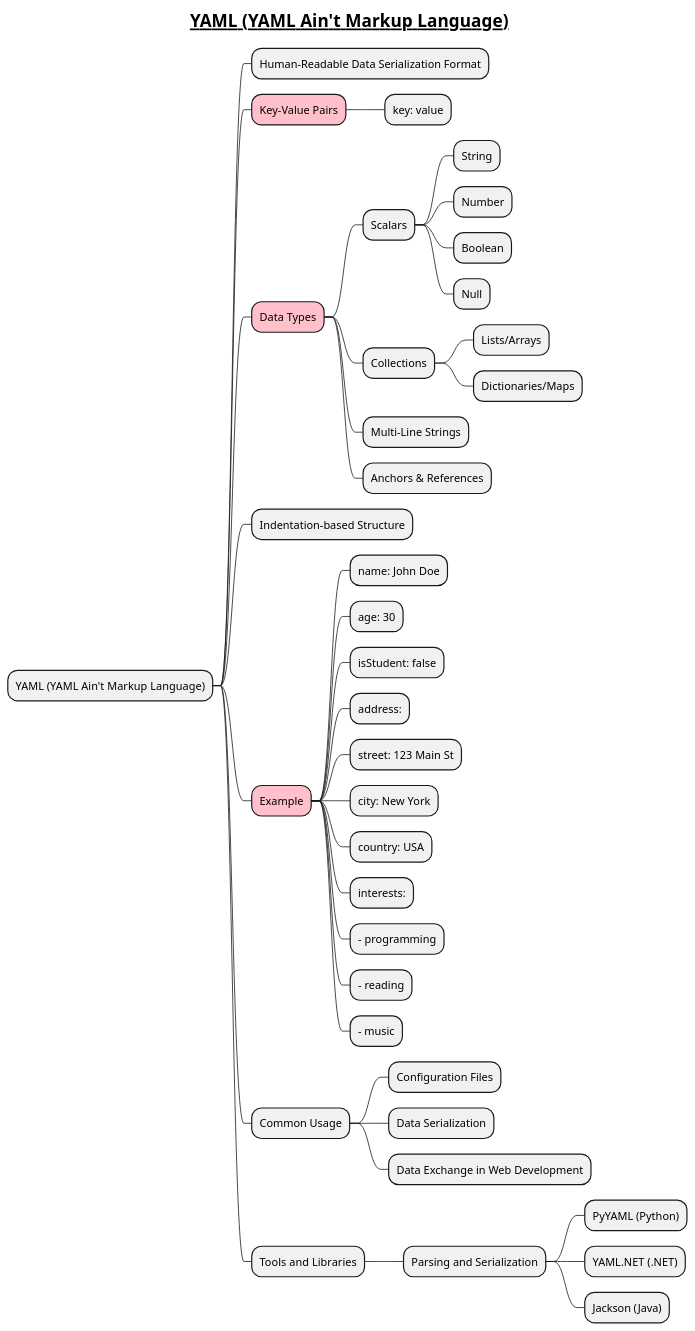
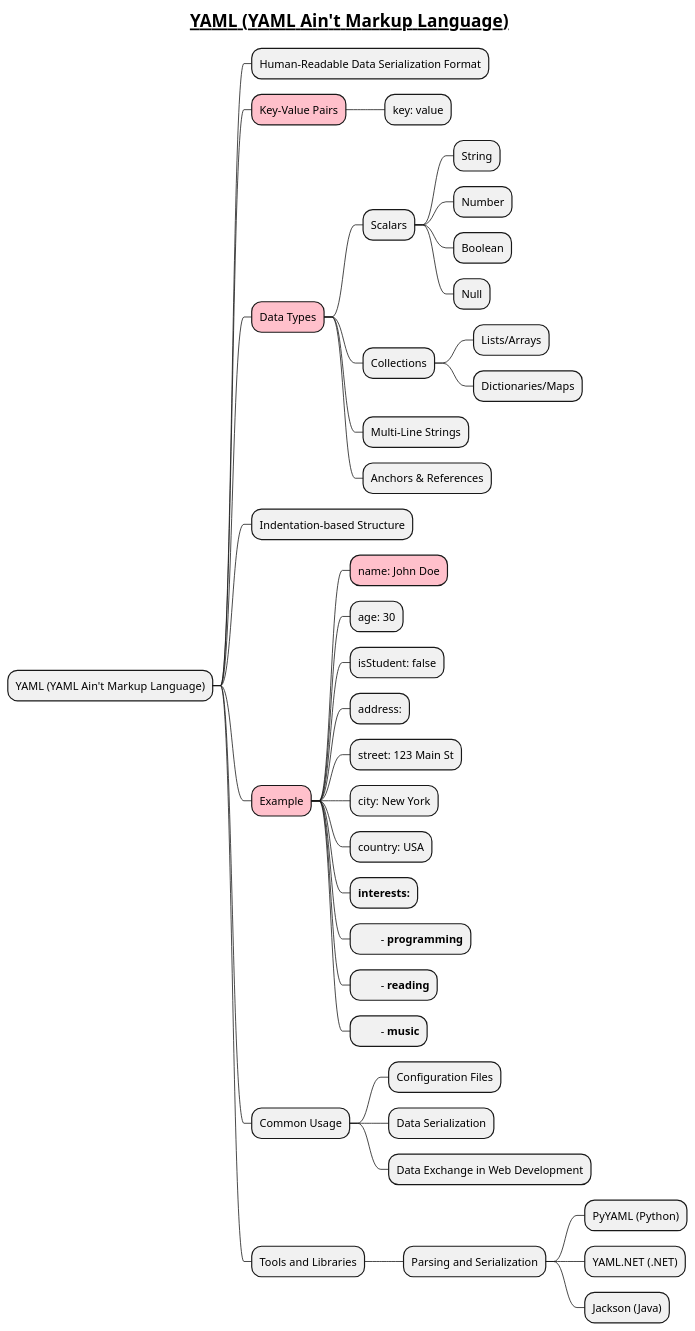
Before and after one commit to MehmoodHashmi/Documentation-as-Code-DaC: the diagram in docs/programming-languages/XML-YAML-JSON/YAML-(YAML-Ain't-Markup-Language).puml, drawn with PlantUML. The commit also changed 1 other file, not shown here.

```diff
--- a/docs/programming-languages/XML-YAML-JSON/YAML-(YAML-Ain't-Markup-Language).puml
+++ b/docs/programming-languages/XML-YAML-JSON/YAML-(YAML-Ain't-Markup-Language).puml
@@ -1,41 +1,41 @@
 @startmindmap
 title =__ YAML (YAML Ain't Markup Language)__
 
 * YAML (YAML Ain't Markup Language)
 ** Human-Readable Data Serialization Format
 **[#pink] Key-Value Pairs
 *** key: value
 **[#pink] Data Types
 *** Scalars
 **** String
 **** Number
 **** Boolean
 **** Null
 *** Collections
 **** Lists/Arrays
 **** Dictionaries/Maps
 *** Multi-Line Strings
 *** Anchors & References
 ** Indentation-based Structure
 **[#pink] Example
-*** name: John Doe
+***[#pink] name: John Doe
 *** age: 30
 *** isStudent: false
 *** address:
 ***   street: 123 Main St
 ***   city: New York
 ***   country: USA
-*** interests:
-***   - programming
-***   - reading
-***   - music
+*** **interests:**
+*** \t- **programming**
+*** \t- **reading**
+*** \t- **music**
 ** Common Usage
 *** Configuration Files
 *** Data Serialization
 *** Data Exchange in Web Development
 ** Tools and Libraries
 *** Parsing and Serialization
 **** PyYAML (Python)
 **** YAML.NET (.NET)
 **** Jackson (Java)
 @endmindmap
```
